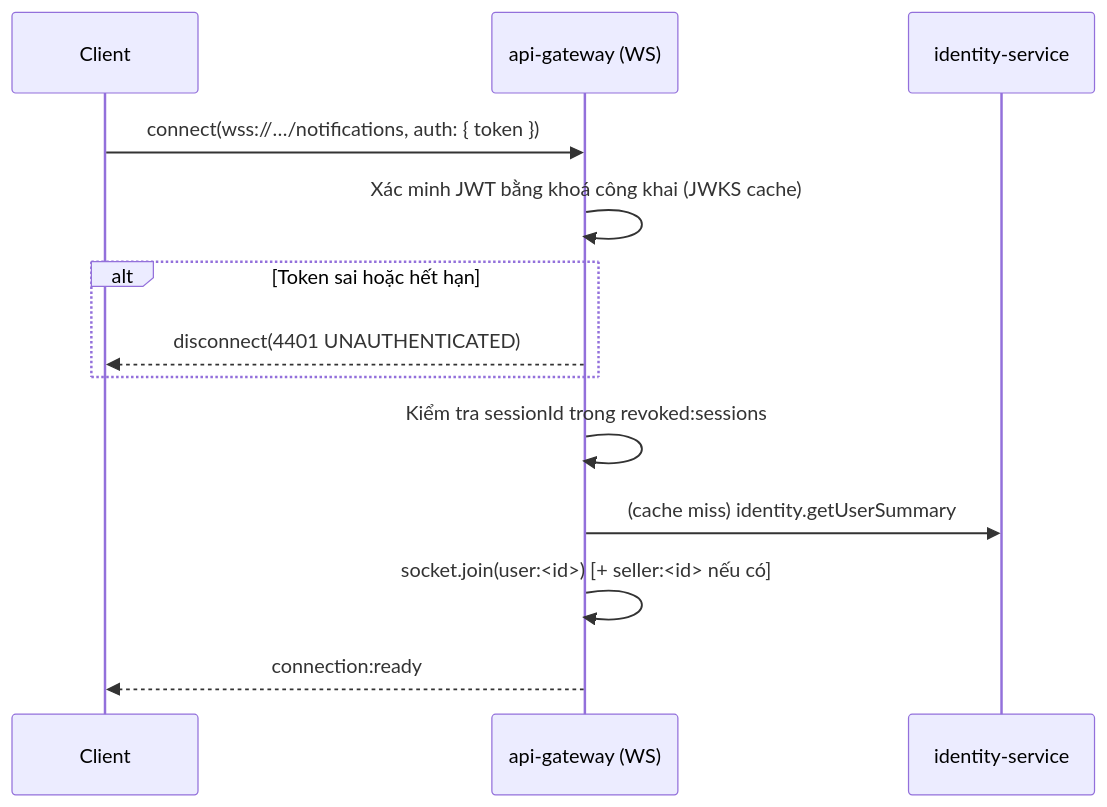
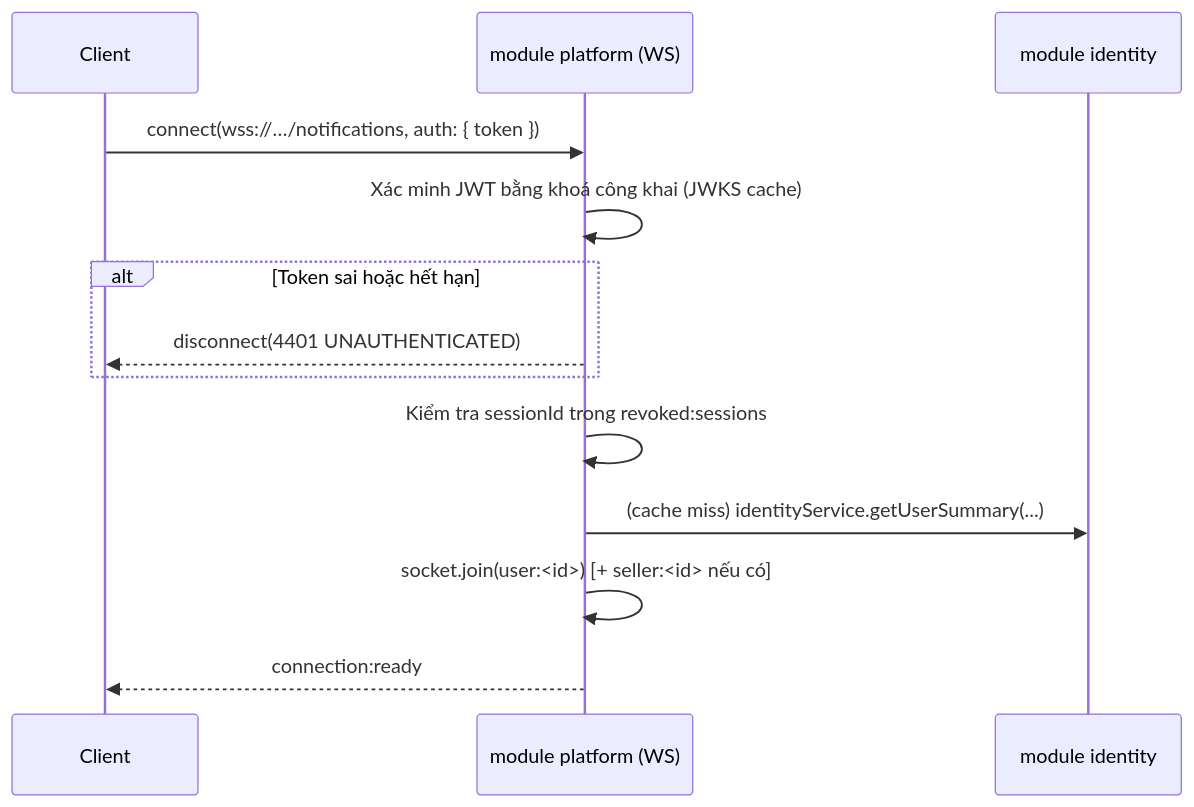
Before and after one commit to timmy277/timmyhub: the second of 3 diagrams in docs/01-architecture/realtime.md, drawn with Mermaid. The commit also changed other lines of this file and 34 other files, not shown here.

````diff
--- a/docs/01-architecture/realtime.md
+++ b/docs/01-architecture/realtime.md
@@ -191,16 +198,16 @@
 ```mermaid
 sequenceDiagram
     participant C as Client
-    participant G as api-gateway (WS)
-    participant I as identity-service
+    participant G as module platform (WS)
+    participant I as module identity
 
     C->>G: connect(wss://…/notifications, auth: { token })
     G->>G: Xác minh JWT bằng khoá công khai (JWKS cache)
     alt Token sai hoặc hết hạn
         G-->>C: disconnect(4401 UNAUTHENTICATED)
     end
     G->>G: Kiểm tra sessionId trong revoked:sessions
-    G->>I: (cache miss) identity.getUserSummary
+    G->>I: (cache miss) identityService.getUserSummary(...)
     G->>G: socket.join(user:<id>) [+ seller:<id> nếu có]
     G-->>C: connection:ready
 ```
````
